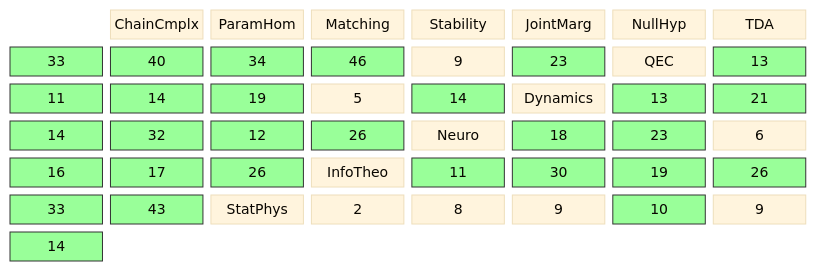
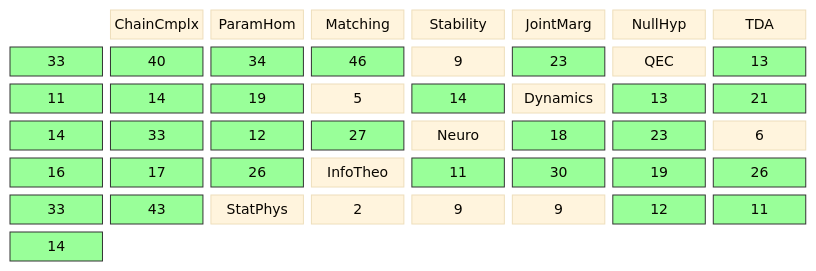
Before and after one commit to musicofhel/topoyolo: the diagram in diagrams/coverage-matrix.md, drawn with Mermaid. The commit also changed other lines of this file and 10 other files, not shown here.

````diff
--- a/diagrams/coverage-matrix.md
+++ b/diagrams/coverage-matrix.md
@@ -22,43 +22,44 @@
 ```mermaid
 %%{init: {'theme': 'base', 'themeVariables': {'fontSize': '14px'}}}%%
 block-beta
   columns 8
 
   space:1 CC["ChainCmplx"] PH["ParamHom"] MA["Matching"] ST["Stability"] JM["JointMarg"] NH["NullHyp"]
 
   TDA["TDA"] TDA_CC["33"] TDA_PH["40"] TDA_MA["34"] TDA_ST["46"] TDA_JM["9"] TDA_NH["23"]
   QEC["QEC"] QEC_CC["13"] QEC_PH["11"] QEC_MA["14"] QEC_ST["19"] QEC_JM["5"] QEC_NH["14"]
-  DYN["Dynamics"] DYN_CC["13"] DYN_PH["21"] DYN_MA["14"] DYN_ST["32"] DYN_JM["12"] DYN_NH["26"]
+  DYN["Dynamics"] DYN_CC["13"] DYN_PH["21"] DYN_MA["14"] DYN_ST["33"] DYN_JM["12"] DYN_NH["27"]
   NEU["Neuro"] NEU_CC["18"] NEU_PH["23"] NEU_MA["6"] NEU_ST["16"] NEU_JM["17"] NEU_NH["26"]
   IT["InfoTheo"] IT_CC["11"] IT_PH["30"] IT_MA["19"] IT_ST["26"] IT_JM["33"] IT_NH["43"]
-  SP["StatPhys"] SP_CC["2"] SP_PH["8"] SP_MA["9"] SP_ST["10"] SP_JM["9"] SP_NH["14"]
+  SP["StatPhys"] SP_CC["2"] SP_PH["9"] SP_MA["9"] SP_ST["12"] SP_JM["11"] SP_NH["14"]
   style TDA_CC fill:#9f9,stroke:#333
   style TDA_PH fill:#9f9,stroke:#333
   style TDA_MA fill:#9f9,stroke:#333
   style TDA_ST fill:#9f9,stroke:#333
   style TDA_NH fill:#9f9,stroke:#333
   style QEC_CC fill:#9f9,stroke:#333
   style QEC_PH fill:#9f9,stroke:#333
   style QEC_MA fill:#9f9,stroke:#333
   style QEC_ST fill:#9f9,stroke:#333
   style QEC_NH fill:#9f9,stroke:#333
   style DYN_CC fill:#9f9,stroke:#333
   style DYN_PH fill:#9f9,stroke:#333
   style DYN_MA fill:#9f9,stroke:#333
   style DYN_ST fill:#9f9,stroke:#333
   style DYN_JM fill:#9f9,stroke:#333
   style DYN_NH fill:#9f9,stroke:#333
   style NEU_CC fill:#9f9,stroke:#333
   style NEU_PH fill:#9f9,stroke:#333
   style NEU_ST fill:#9f9,stroke:#333
   style NEU_JM fill:#9f9,stroke:#333
   style NEU_NH fill:#9f9,stroke:#333
   style IT_CC fill:#9f9,stroke:#333
   style IT_PH fill:#9f9,stroke:#333
   style IT_MA fill:#9f9,stroke:#333
   style IT_ST fill:#9f9,stroke:#333
   style IT_JM fill:#9f9,stroke:#333
   style IT_NH fill:#9f9,stroke:#333
   style SP_ST fill:#9f9,stroke:#333
+  style SP_JM fill:#9f9,stroke:#333
   style SP_NH fill:#9f9,stroke:#333
 ```
````
